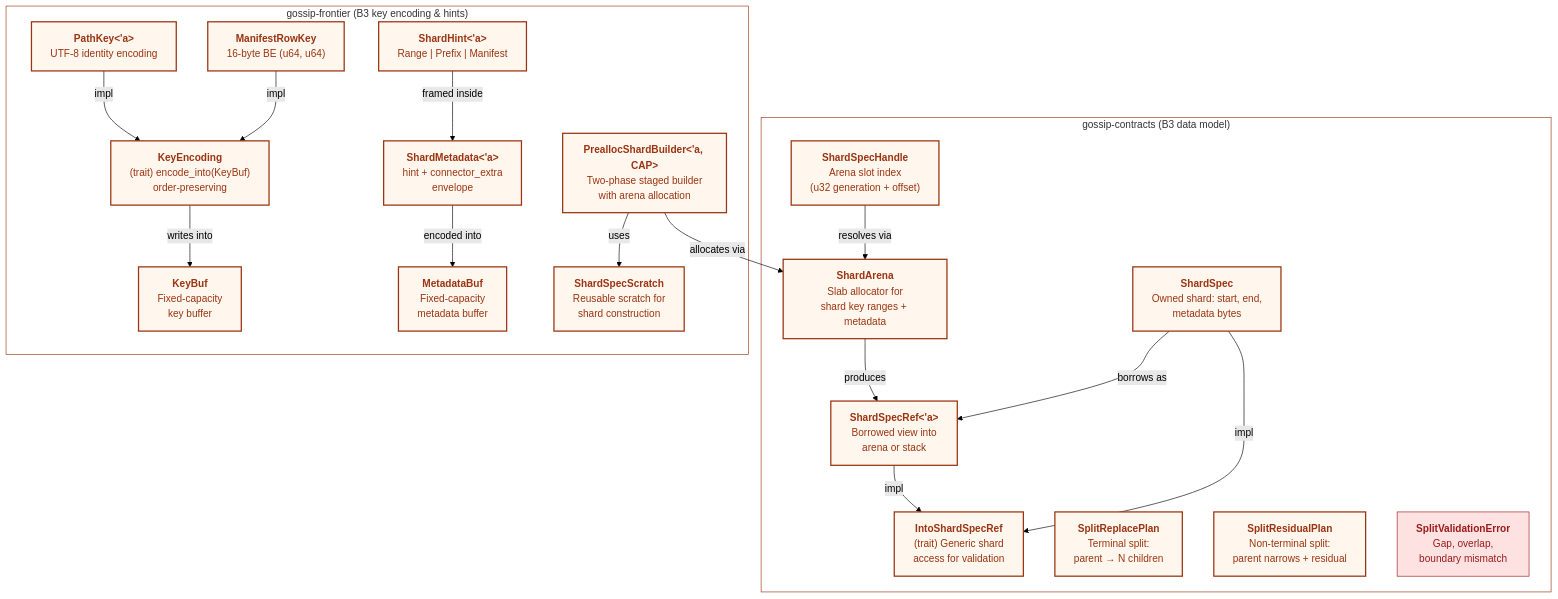
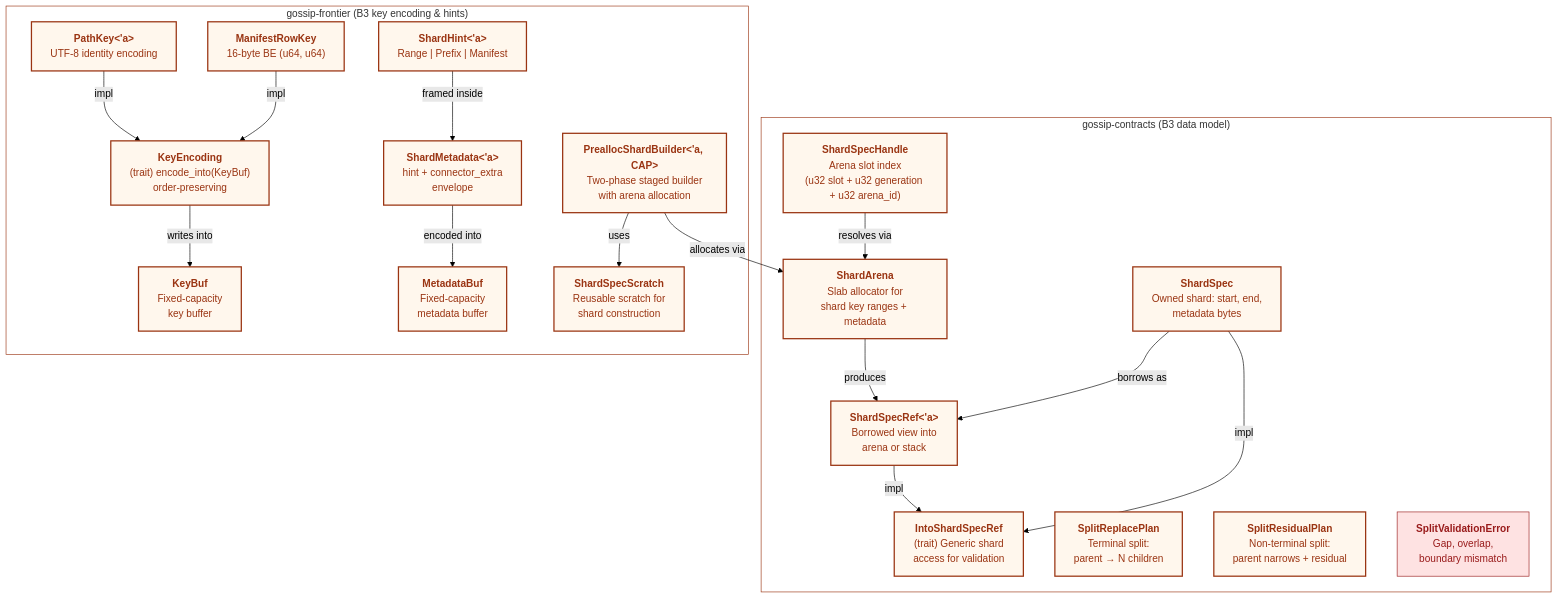
The first of 7 diagrams in diagrams/13-shard-algebra-types.md (ahrav/Gossip-rs), drawn with Mermaid (forest theme) before and after one commit. The commit also changed other lines of this file and 10 other files, not shown here.

First line of the commit message:
Remove line numbers from diagram code reference tables

````diff
--- a/diagrams/13-shard-algebra-types.md
+++ b/diagrams/13-shard-algebra-types.md
@@ -33,63 +33,63 @@
 ```mermaid
 %% Diagram: shard-algebra-type-hierarchy
 graph TD
     subgraph contracts["gossip-contracts (B3 data model)"]
         ShardSpec["<b>ShardSpec</b><br/>Owned shard: start, end,<br/>metadata bytes"]
         ShardSpecRef["<b>ShardSpecRef&lt;'a&gt;</b><br/>Borrowed view into<br/>arena or stack"]
         ShardArena["<b>ShardArena</b><br/>Slab allocator for<br/>shard key ranges + metadata"]
-        ShardSpecHandle["<b>ShardSpecHandle</b><br/>Arena slot index<br/>(u32 generation + offset)"]
+        ShardSpecHandle["<b>ShardSpecHandle</b><br/>Arena slot index<br/>(u32 slot + u32 generation + u32 arena_id)"]
         IntoShardSpecRef["<b>IntoShardSpecRef</b><br/>(trait) Generic shard<br/>access for validation"]
         SplitReplacePlan["<b>SplitReplacePlan</b><br/>Terminal split:<br/>parent → N children"]
         SplitResidualPlan["<b>SplitResidualPlan</b><br/>Non-terminal split:<br/>parent narrows + residual"]
         SplitValidationError["<b>SplitValidationError</b><br/>Gap, overlap,<br/>boundary mismatch"]
     end
 
     subgraph frontier["gossip-frontier (B3 key encoding &amp; hints)"]
         KeyEncoding["<b>KeyEncoding</b><br/>(trait) encode_into(KeyBuf)<br/>order-preserving"]
         PathKey["<b>PathKey&lt;'a&gt;</b><br/>UTF-8 identity encoding"]
         ManifestRowKey["<b>ManifestRowKey</b><br/>16-byte BE (u64, u64)"]
         KeyBuf["<b>KeyBuf</b><br/>Fixed-capacity<br/>key buffer"]
         ShardHint["<b>ShardHint&lt;'a&gt;</b><br/>Range | Prefix | Manifest"]
         ShardMetadata["<b>ShardMetadata&lt;'a&gt;</b><br/>hint + connector_extra<br/>envelope"]
         MetadataBuf["<b>MetadataBuf</b><br/>Fixed-capacity<br/>metadata buffer"]
         ShardSpecScratch["<b>ShardSpecScratch</b><br/>Reusable scratch for<br/>shard construction"]
         PreallocShardBuilder["<b>PreallocShardBuilder&lt;'a, CAP&gt;</b><br/>Two-phase staged builder<br/>with arena allocation"]
     end
 
     PathKey -->|"impl"| KeyEncoding
     ManifestRowKey -->|"impl"| KeyEncoding
     KeyEncoding -->|"writes into"| KeyBuf
 
     ShardSpecHandle -->|"resolves via"| ShardArena
     ShardArena -->|"produces"| ShardSpecRef
     ShardSpec -->|"borrows as"| ShardSpecRef
     ShardSpecRef -->|"impl"| IntoShardSpecRef
     ShardSpec -->|"impl"| IntoShardSpecRef
 
     ShardHint -->|"framed inside"| ShardMetadata
     ShardMetadata -->|"encoded into"| MetadataBuf
     PreallocShardBuilder -->|"allocates via"| ShardArena
     PreallocShardBuilder -->|"uses"| ShardSpecScratch
 
     style contracts fill:none,stroke:#9A3412,stroke-width:1px
     style frontier fill:none,stroke:#9A3412,stroke-width:1px
 
     style ShardSpec fill:#FFF7ED,stroke:#9A3412,stroke-width:2px,color:#9A3412
     style ShardSpecRef fill:#FFF7ED,stroke:#9A3412,stroke-width:2px,color:#9A3412
     style ShardArena fill:#FFF7ED,stroke:#9A3412,stroke-width:2px,color:#9A3412
     style ShardSpecHandle fill:#FFF7ED,stroke:#9A3412,stroke-width:2px,color:#9A3412
     style IntoShardSpecRef fill:#FFF7ED,stroke:#9A3412,stroke-width:2px,color:#9A3412
     style SplitReplacePlan fill:#FFF7ED,stroke:#9A3412,stroke-width:2px,color:#9A3412
     style SplitResidualPlan fill:#FFF7ED,stroke:#9A3412,stroke-width:2px,color:#9A3412
     style SplitValidationError fill:#FEE2E2,stroke:#991B1B,stroke-width:1px,color:#991B1B
 
     style KeyEncoding fill:#FFF7ED,stroke:#9A3412,stroke-width:2px,color:#9A3412
     style PathKey fill:#FFF7ED,stroke:#9A3412,stroke-width:2px,color:#9A3412
     style ManifestRowKey fill:#FFF7ED,stroke:#9A3412,stroke-width:2px,color:#9A3412
     style KeyBuf fill:#FFF7ED,stroke:#9A3412,stroke-width:2px,color:#9A3412
     style ShardHint fill:#FFF7ED,stroke:#9A3412,stroke-width:2px,color:#9A3412
     style ShardMetadata fill:#FFF7ED,stroke:#9A3412,stroke-width:2px,color:#9A3412
     style MetadataBuf fill:#FFF7ED,stroke:#9A3412,stroke-width:2px,color:#9A3412
     style ShardSpecScratch fill:#FFF7ED,stroke:#9A3412,stroke-width:2px,color:#9A3412
     style PreallocShardBuilder fill:#FFF7ED,stroke:#9A3412,stroke-width:2px,color:#9A3412
 ```
````
